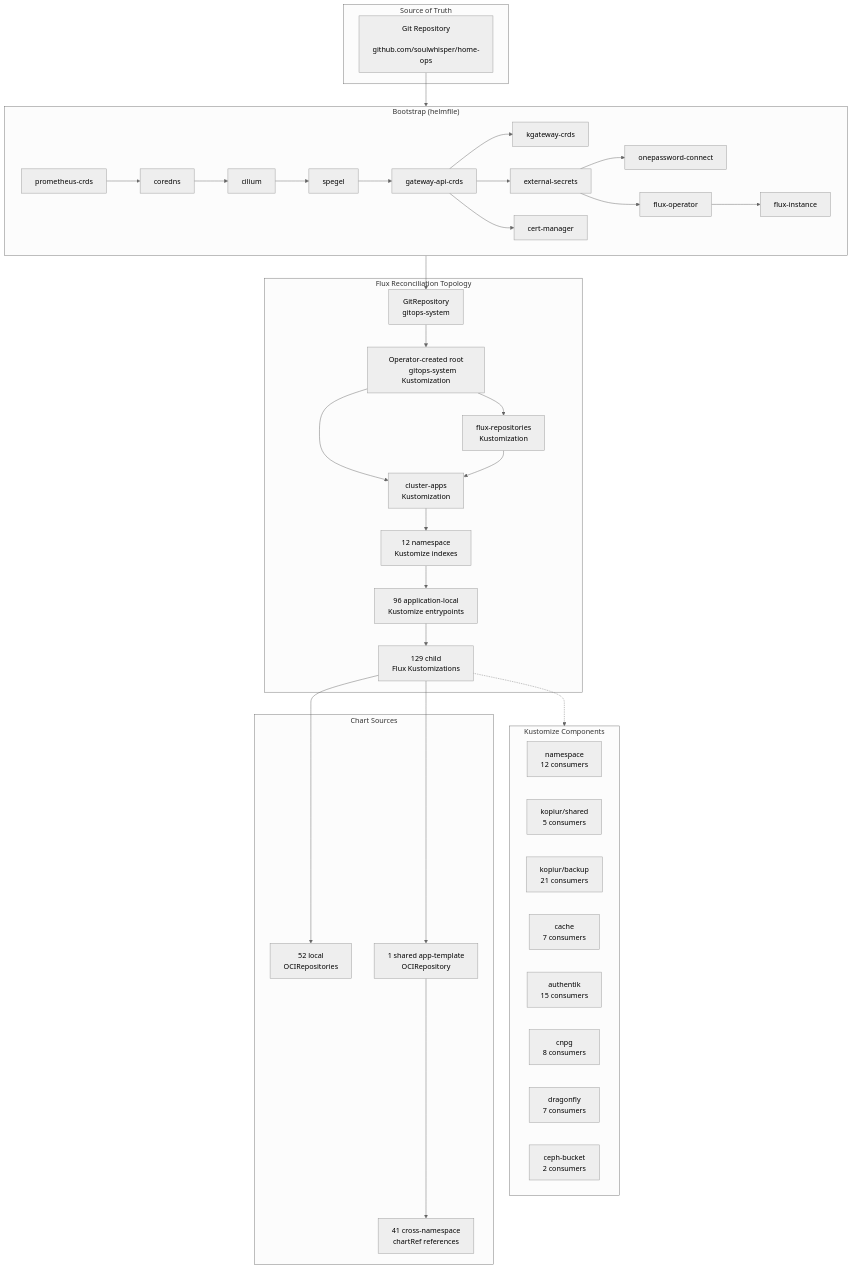
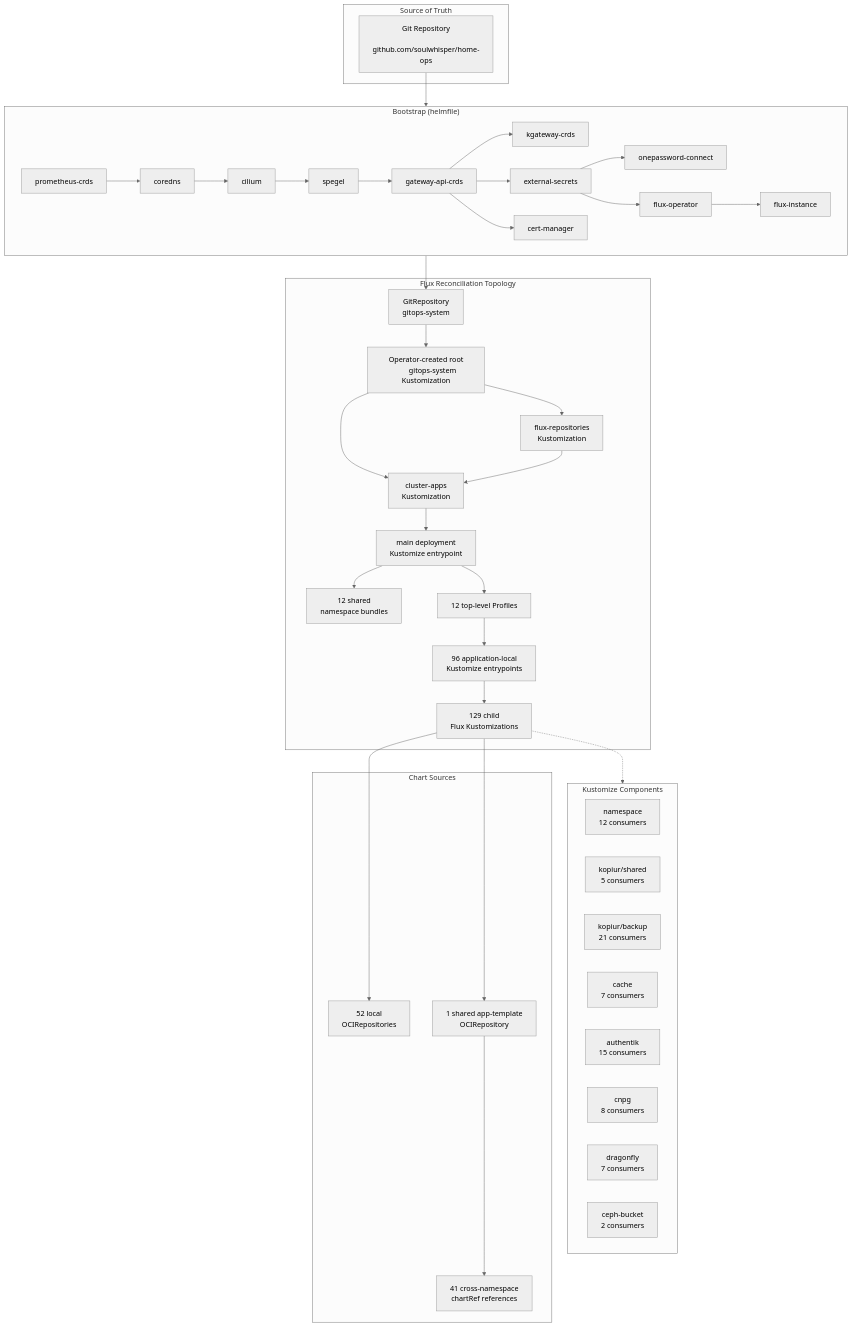
The diagram in docs/infrastructure/kubernetes.md (soulwhisper/home-ops), drawn with Mermaid (neutral theme) before and after one commit. The commit also changed other lines of this file and 44 other files, not shown here.

Commit message:
refactor(gitops): separate Catalog profiles and deployment selection

````diff
--- a/docs/infrastructure/kubernetes.md
+++ b/docs/infrastructure/kubernetes.md
@@ -12,73 +12,76 @@
 ```mermaid
 flowchart TB
     subgraph Source["Source of Truth"]
         GIT["Git Repository
         github.com/soulwhisper/home-ops"]
     end
 
     subgraph Bootstrap["Bootstrap (helmfile)"]
         direction LR
         B1["prometheus-crds"] --> B2["coredns"]
         B2 --> B3["cilium"]
         B3 --> B4["spegel"]
         B4 --> B5["gateway-api-crds"]
         B5 --> B6["kgateway-crds"]
         B5 --> B7["external-secrets"]
         B5 --> B8["cert-manager"]
         B7 --> B9["onepassword-connect"]
         B7 --> B11["flux-operator"]
         B11 --> B12["flux-instance"]
     end
 
     subgraph FluxTopo["Flux Reconciliation Topology"]
         GR["GitRepository
         gitops-system"] --> ROOT["Operator-created root
         gitops-system Kustomization"]
         ROOT --> FR["flux-repositories
         Kustomization"]
         ROOT --> CA["cluster-apps
         Kustomization"]
         FR --> CA
-        CA --> NS["12 namespace
-        Kustomize indexes"]
-        NS --> ENTRY["96 application-local
+        CA --> DEPLOY["main deployment
+        Kustomize entrypoint"]
+        DEPLOY --> NS["12 shared
+        namespace bundles"]
+        DEPLOY --> PROFILES["12 top-level Profiles"]
+        PROFILES --> ENTRY["96 application-local
         Kustomize entrypoints"]
         ENTRY --> APPS["129 child
         Flux Kustomizations"]
     end
 
     subgraph Components["Kustomize Components"]
         NS_COMP["namespace
         12 consumers"]
         KOPIUR_SECRET["kopiur/shared
         5 consumers"]
         KOPIUR_BACKUP["kopiur/backup
         21 consumers"]
         CACHE["cache
         7 consumers"]
         AUTHENTIK["authentik
         15 consumers"]
         CNPG["cnpg
         8 consumers"]
         DRAGONFLY["dragonfly
         7 consumers"]
         CEPH["ceph-bucket
         2 consumers"]
     end
 
     subgraph Charts["Chart Sources"]
         OCI_OWN["52 local
         OCIRepositories"]
         OCI_TPL["1 shared app-template
         OCIRepository"]
         CROSS["41 cross-namespace
         chartRef references"]
     end
 
     GIT --> Bootstrap
     Bootstrap --> GR
     APPS -.-> Components
     APPS --> OCI_OWN
     APPS --> OCI_TPL
     OCI_TPL --> CROSS
 ```
````
